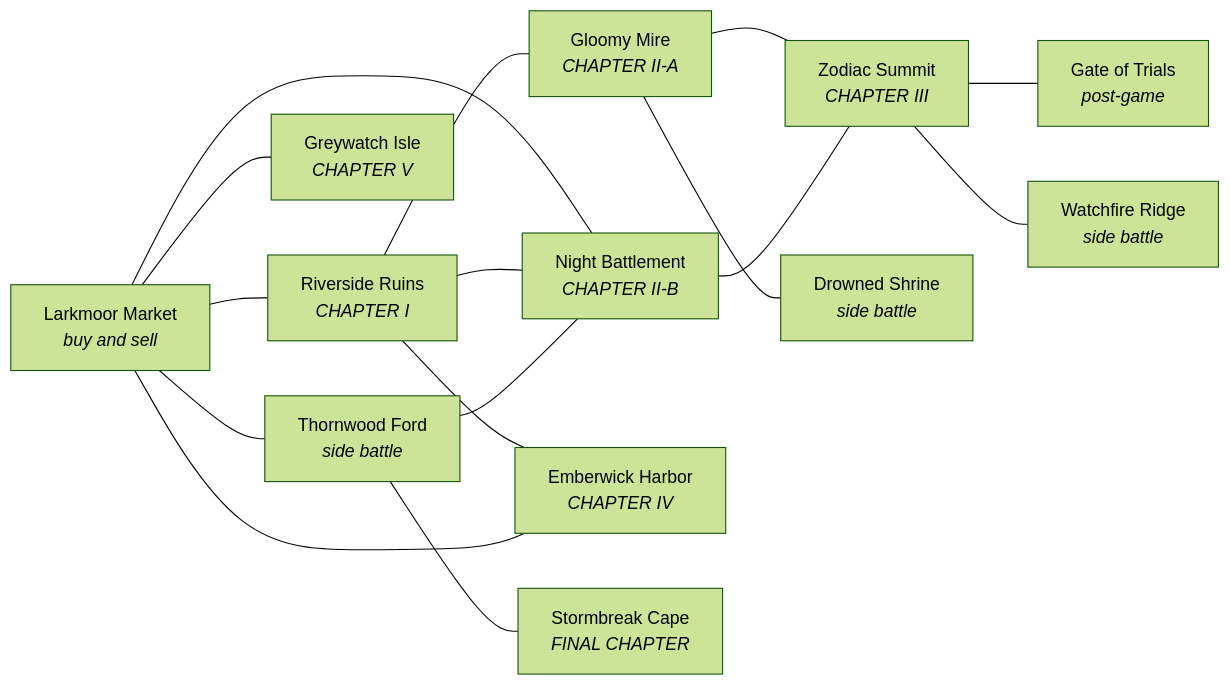
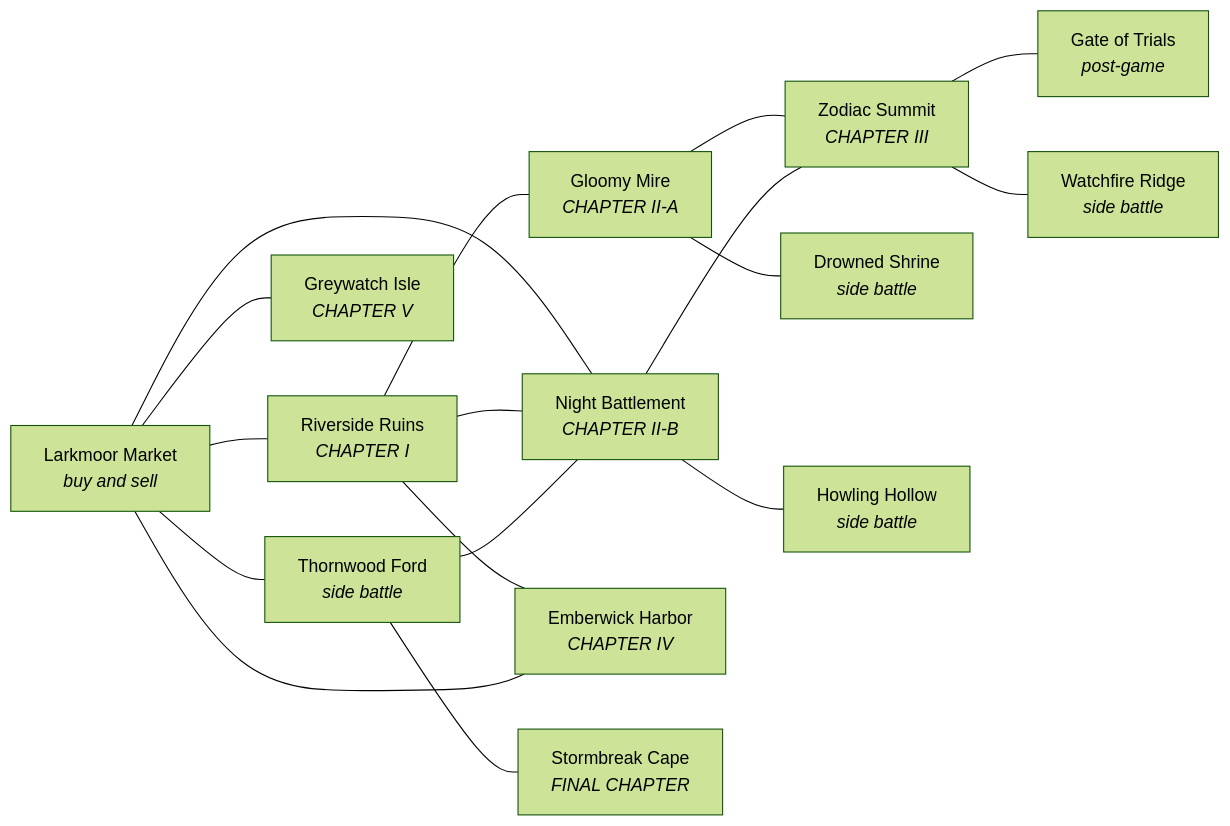
The third of 4 diagrams in docs/CONTENT_REFERENCE.md (CptNope/Chess-RPG-Tactics), drawn with Mermaid (forest theme) before and after one commit. The commit also changed other lines of this file and 31 other files, not shown here.

````diff
--- a/docs/CONTENT_REFERENCE.md
+++ b/docs/CONTENT_REFERENCE.md
@@ -507,30 +570,32 @@
 ```mermaid
 flowchart LR
   market["Larkmoor Market<br/><i>buy and sell</i>"]
   ruins["Riverside Ruins<br/><i>CHAPTER I</i>"]
   mire["Gloomy Mire<br/><i>CHAPTER II-A</i>"]
   battlement["Night Battlement<br/><i>CHAPTER II-B</i>"]
   summit["Zodiac Summit<br/><i>CHAPTER III</i>"]
   trials["Gate of Trials<br/><i>post-game</i>"]
   harbor["Emberwick Harbor<br/><i>CHAPTER IV</i>"]
   isle["Greywatch Isle<br/><i>CHAPTER V</i>"]
   cape["Stormbreak Cape<br/><i>FINAL CHAPTER</i>"]
   thornwood["Thornwood Ford<br/><i>side battle</i>"]
   shrine["Drowned Shrine<br/><i>side battle</i>"]
   ridge["Watchfire Ridge<br/><i>side battle</i>"]
+  hollow["Howling Hollow<br/><i>side battle</i>"]
   market --- ruins
   market --- battlement
   ruins --- mire
   ruins --- battlement
   mire --- summit
   battlement --- summit
   summit --- trials
   market --- thornwood
   thornwood --- battlement
   mire --- shrine
   summit --- ridge
   ruins --- harbor
   market --- harbor
   market --- isle
   thornwood --- cape
+  battlement --- hollow
 ```
````
